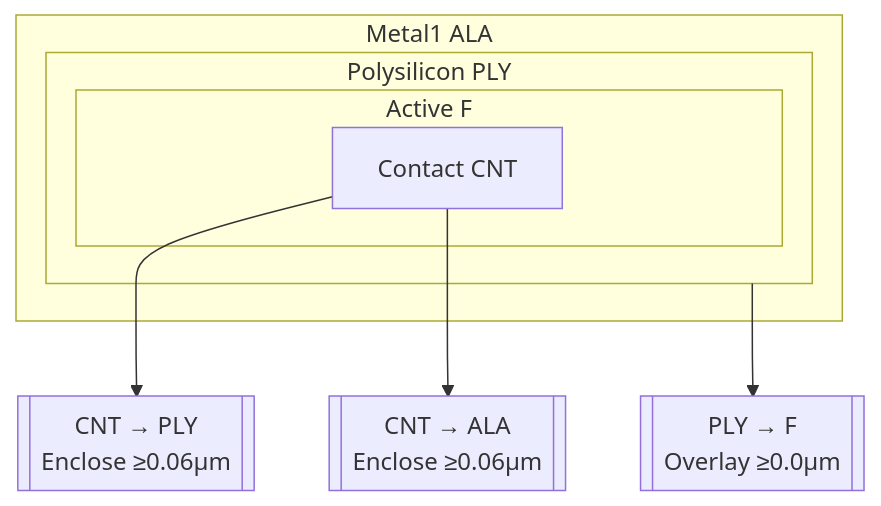
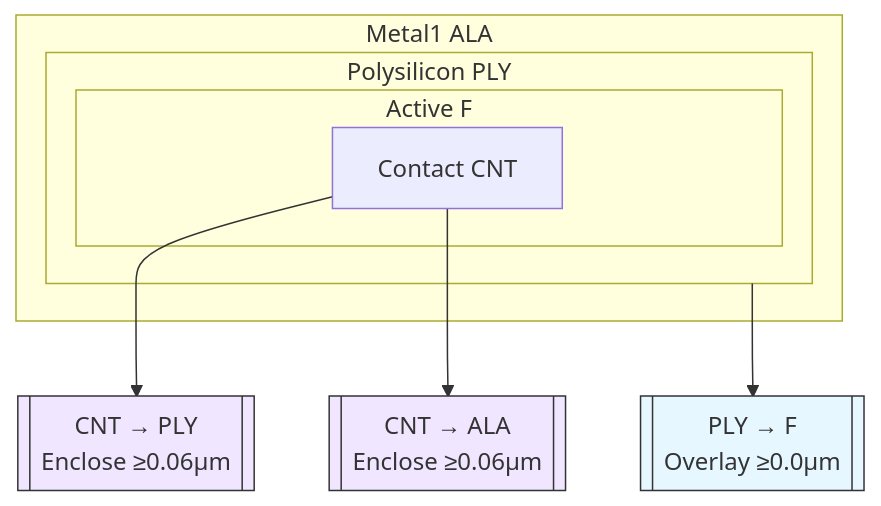
Before and after one commit to Samizo-AITL/Edusemi-v4x: the first of 2 diagrams in d_chapter4_layout_optimization/layer_overlay_reference.md, drawn with Mermaid. The commit also changed other lines of this file, not shown here.

````diff
--- a/d_chapter4_layout_optimization/layer_overlay_reference.md
+++ b/d_chapter4_layout_optimization/layer_overlay_reference.md
@@ -58,20 +56,25 @@
 ```mermaid
 flowchart TD
     subgraph ALA [Metal1 ALA]
         subgraph PLY [Polysilicon PLY]
             subgraph F [Active F]
                 CNT[Contact CNT]
             end
         end
     end
 
     %% --- 注記ノード ---
     Note1[[CNT → PLY<br/>Enclose ≥0.06µm]]
     Note2[[CNT → ALA<br/>Enclose ≥0.06µm]]
     Note3[[PLY → F<br/>Overlay ≥0.0µm]]
 
     %% --- 関連付け ---
     CNT --> Note1
     CNT --> Note2
     PLY --> Note3
+
+    %% --- スタイル ---
+    style Note1 fill:#f0e6ff,stroke:#333,stroke-width:1px
+    style Note2 fill:#f0e6ff,stroke:#333,stroke-width:1px
+    style Note3 fill:#e6f7ff,stroke:#333,stroke-width:1px
 ```
````
